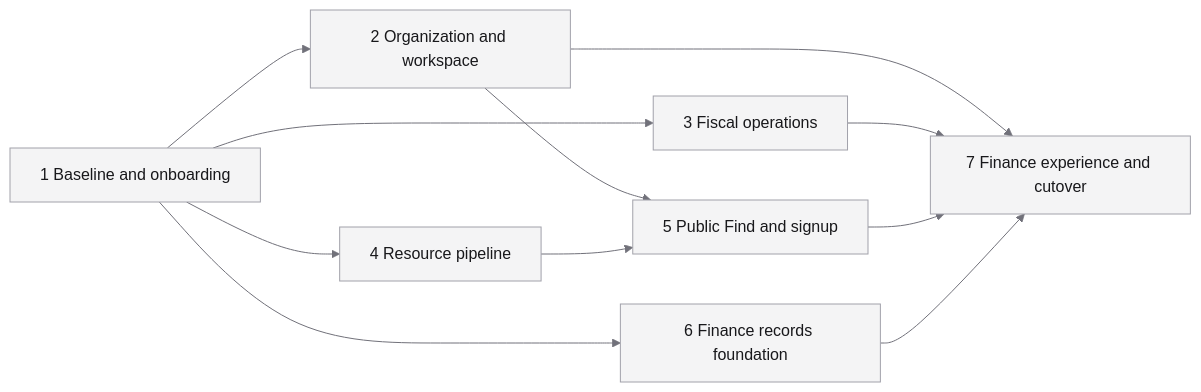
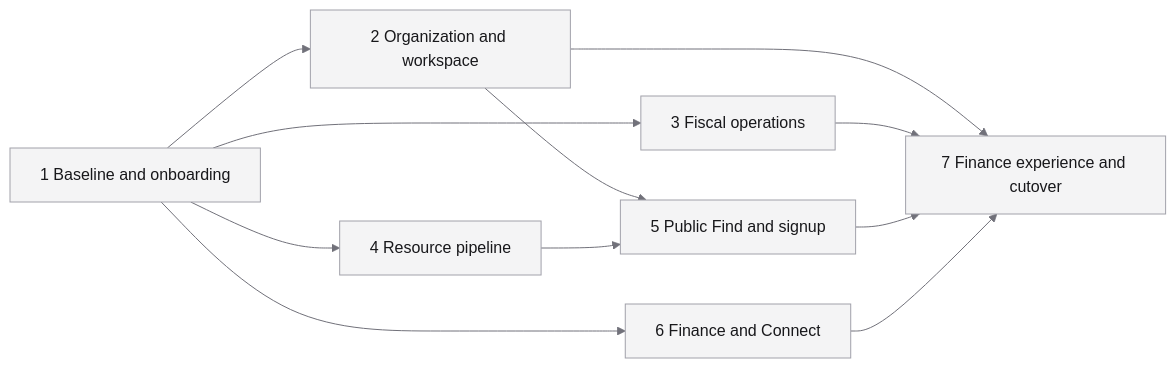
The seventh of 7 diagrams in docs/plans/2026-08-04-finance-fundraising-find-release-design.md (Hamernick/coach-house-lms), drawn with Mermaid before and after one commit. The commit also changed other lines of this file and 2714 other files, not shown here.

````diff
--- a/docs/plans/2026-08-04-finance-fundraising-find-release-design.md
+++ b/docs/plans/2026-08-04-finance-fundraising-find-release-design.md
@@ -2292,14 +2019,14 @@
 ```mermaid
 %%{init: {"theme": "base", "themeVariables": {"primaryColor": "#f4f4f5", "primaryTextColor": "#18181b", "primaryBorderColor": "#a1a1aa", "lineColor": "#71717a", "secondaryColor": "#fafafa", "tertiaryColor": "#ffffff", "fontFamily": "Geist, ui-sans-serif, system-ui"}}}%%
 flowchart LR
   B1[1 Baseline and onboarding] --> B2[2 Organization and workspace]
   B1 --> B3[3 Fiscal operations]
   B1 --> B4[4 Resource pipeline]
   B2 --> B5[5 Public Find and signup]
   B4 --> B5
-  B1 --> B6[6 Finance records foundation]
+  B1 --> B6[6 Finance and Connect]
   B2 --> B7[7 Finance experience and cutover]
   B3 --> B7
   B5 --> B7
   B6 --> B7
 ```
````
